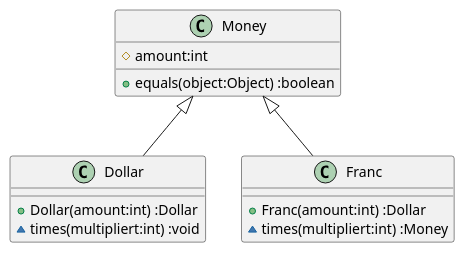
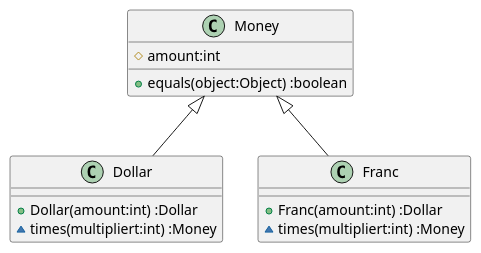
One commit to k2works/etude_for_java changed the diagram in docs/src/TDD.md. Above: the diagram before and after it, drawn with PlantUML. The commit also changed 3 other files, not shown here.

````diff
--- a/docs/src/TDD.md
+++ b/docs/src/TDD.md
@@ -61,16 +61,16 @@
 ```puml
 class Dollar {
   +Dollar(amount:int) :Dollar
-  ~times(multipliert:int) :void
+  ~times(multipliert:int) :Money
 }
 class Franc {
   +Franc(amount:int) :Dollar
   ~times(multipliert:int) :Money
 }
 class Money {
   #amount:int
   +equals(object:Object) :boolean  
 }
 Money <|-- Dollar
 Money <|-- Franc
 ```
````
